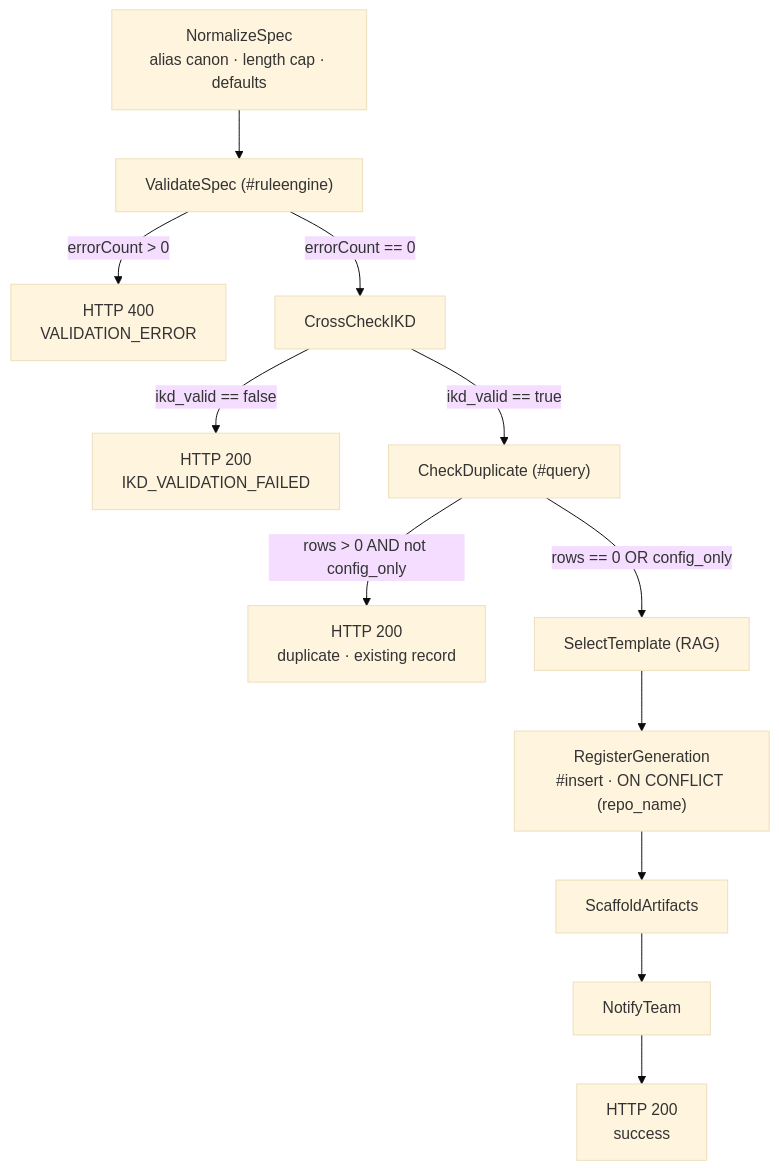
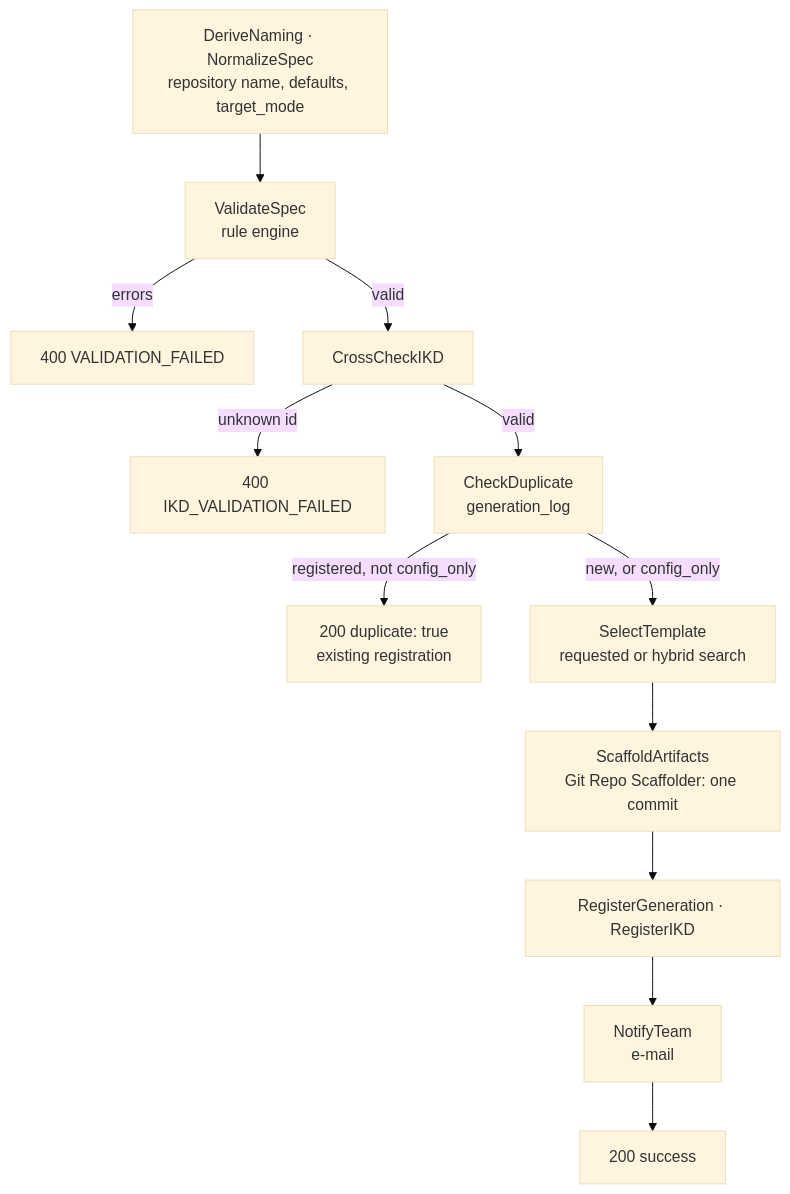
One commit to mpandav-tibco/ai-template-generator changed the second of 2 diagrams in README.md. Above: the diagram before and after it, drawn with Mermaid (base theme). The commit also changed other lines of this file and 16 other files, not shown here.

First line of the commit message:
chore: focus the repository on the GitHub Flogo app; README rewritten

````diff
--- a/README.md
+++ b/README.md
@@ -110,12 +73,12 @@
 ```mermaid
 flowchart TD
-    N["NormalizeSpec<br/>alias canon · length cap · defaults"] --> V["ValidateSpec (#ruleengine)"]
-    V -- "errorCount &gt; 0" --> R400["HTTP 400<br/>VALIDATION_ERROR"]
-    V -- "errorCount == 0" --> IKD["CrossCheckIKD"]
-    IKD -- "ikd_valid == false" --> R2A["HTTP 200<br/>IKD_VALIDATION_FAILED"]
-    IKD -- "ikd_valid == true" --> DUP["CheckDuplicate (#query)"]
-    DUP -- "rows &gt; 0 AND not config_only" --> R2B["HTTP 200<br/>duplicate · existing record"]
-    DUP -- "rows == 0 OR config_only" --> RAG["SelectTemplate (RAG)"]
-    RAG --> REG["RegisterGeneration<br/>#insert · ON CONFLICT (repo_name)"]
-    REG --> SC["ScaffoldArtifacts"] --> NT["NotifyTeam"] --> OK["HTTP 200<br/>success"]
+    N["DeriveNaming · NormalizeSpec<br/>repository name, defaults, target_mode"] --> V["ValidateSpec<br/>rule engine"]
+    V -- "errors" --> R1["400 VALIDATION_FAILED"]
+    V -- "valid" --> I["CrossCheckIKD"]
+    I -- "unknown id" --> R2["400 IKD_VALIDATION_FAILED"]
+    I -- "valid" --> D["CheckDuplicate<br/>generation_log"]
+    D -- "registered, not config_only" --> R3["200 duplicate: true<br/>existing registration"]
+    D -- "new, or config_only" --> T["SelectTemplate<br/>requested or hybrid search"]
+    T --> S["ScaffoldArtifacts<br/>Git Repo Scaffolder: one commit"]
+    S --> G["RegisterGeneration · RegisterIKD"] --> M["NotifyTeam<br/>e-mail"] --> OK["200 success"]
 ```
````
